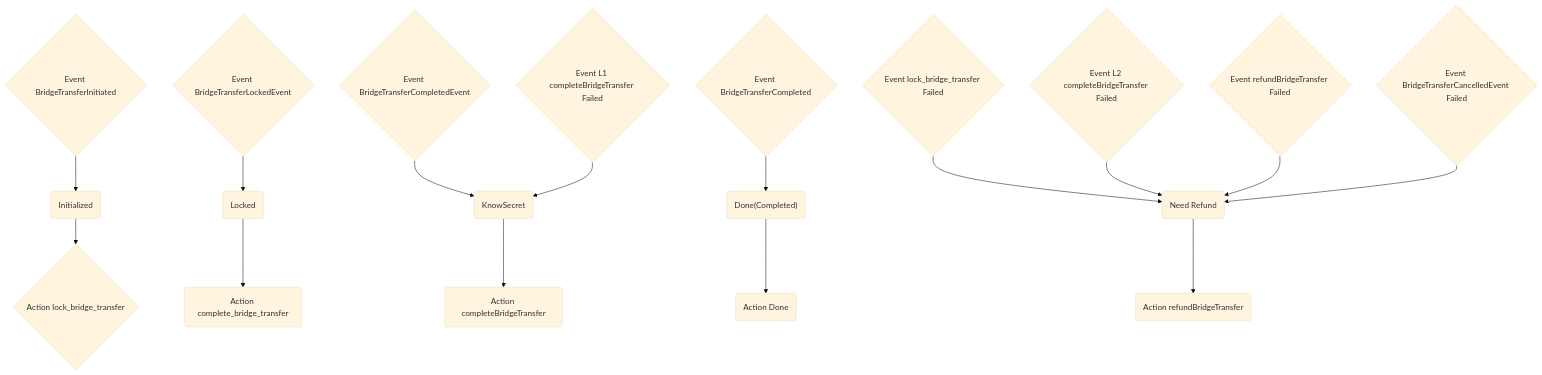
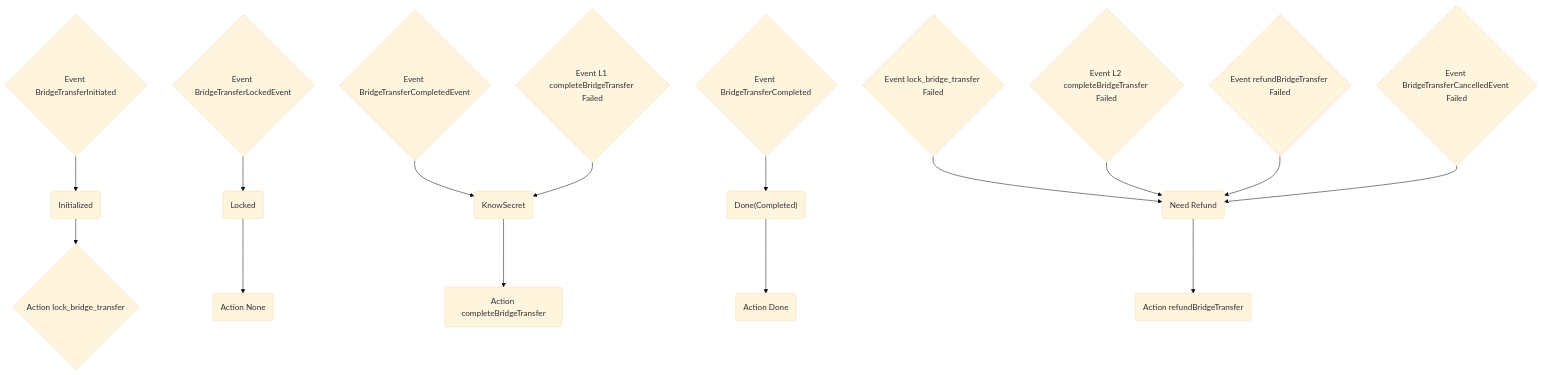
The third of 3 diagrams in protocol-units/bridge/state_logic.md (movementlabsxyz/movement), drawn with Mermaid (base theme) before and after one commit. The commit also changed other lines of this file and 10 other files, not shown here.

````diff
--- a/protocol-units/bridge/state_logic.md
+++ b/protocol-units/bridge/state_logic.md
@@ -44,26 +43,26 @@
 ```mermaid
 flowchart TB
  
   BE{"Event BridgeTransferInitiated"}-->BB("Initialized")
   BB -->BA{"Action lock_bridge_transfer"}
 
   CE{"Event BridgeTransferLockedEvent"}-->CC("Locked")
-  CC -->CA("Action complete_bridge_transfer")
+  CC -->CA("Action None")
  
   DE{"Event BridgeTransferCompletedEvent"}-->DD("KnowSecret")
   DD -->DA("Action completeBridgeTransfer")
   DDE{"Event L1 completeBridgeTransfer Failed"}-->DD
 
   EE{"Event BridgeTransferCompleted"}-->EEE("Done(Completed)")
   EEE -->EA("Action Done")
 
 
   FE{"Event lock_bridge_transfer Failed"}-->FF(""Need Refund"")
   FF -->FA("Action refundBridgeTransfer")
 
   GE{"Event L2 completeBridgeTransfer Failed"}-->FF
   HE{"Event refundBridgeTransfer Failed"}-->FF
   IE{"Event BridgeTransferCancelledEvent Failed"}-->FF
 
  
 ```
````
